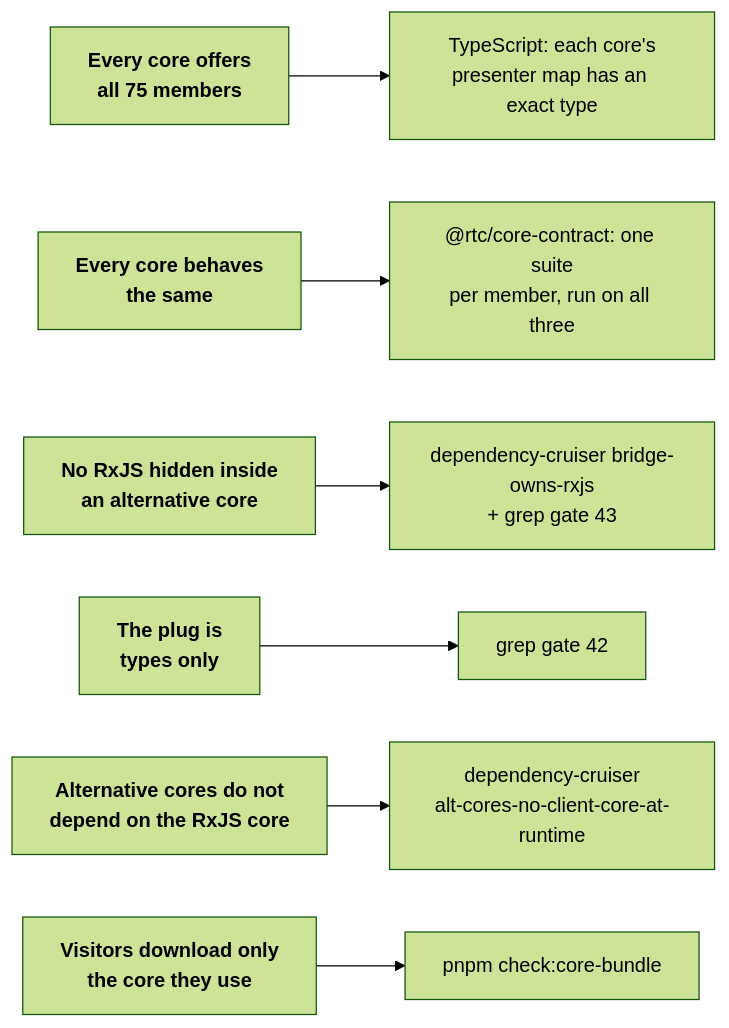
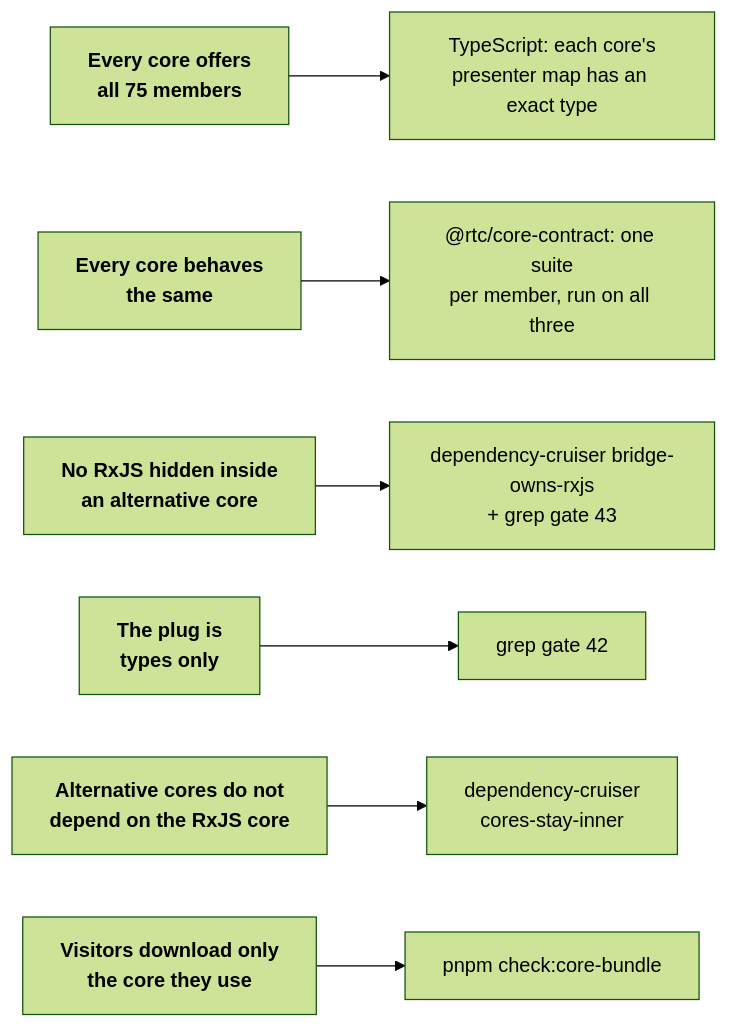
Before and after one commit to bettersoftware-io/ReactiveTraderCloudClone: diagram 13 of 17 in docs/architecture/23-application-cores-explained.md, drawn with Mermaid (forest theme). The commit also changed 47 other files, not shown here.

First line of the commit message:
docs: three sibling cores and the adapters they share — the new package's card, graph, rules and READMEs

````diff
--- a/docs/architecture/23-application-cores-explained.md
+++ b/docs/architecture/23-application-cores-explained.md
@@ -716,9 +716,9 @@
 ```mermaid
 flowchart LR
   c1["<b>Every core offers<br/>all 75 members</b>"] --> g1["TypeScript: each core's<br/>presenter map has an exact type"]
   c2["<b>Every core behaves<br/>the same</b>"] --> g2["@rtc/core-contract: one suite<br/>per member, run on all three"]
   c3["<b>No RxJS hidden inside<br/>an alternative core</b>"] --> g3["dependency-cruiser bridge-owns-rxjs<br/>+ grep gate 43"]
   c4["<b>The plug is<br/>types only</b>"] --> g4["grep gate 42"]
-  c5["<b>Alternative cores do not<br/>depend on the RxJS core</b>"] --> g5["dependency-cruiser<br/>alt-cores-no-client-core-at-runtime"]
+  c5["<b>Alternative cores do not<br/>depend on the RxJS core</b>"] --> g5["dependency-cruiser<br/>cores-stay-inner"]
   c6["<b>Visitors download only<br/>the core they use</b>"] --> g6["pnpm check:core-bundle"]
 ```
````
